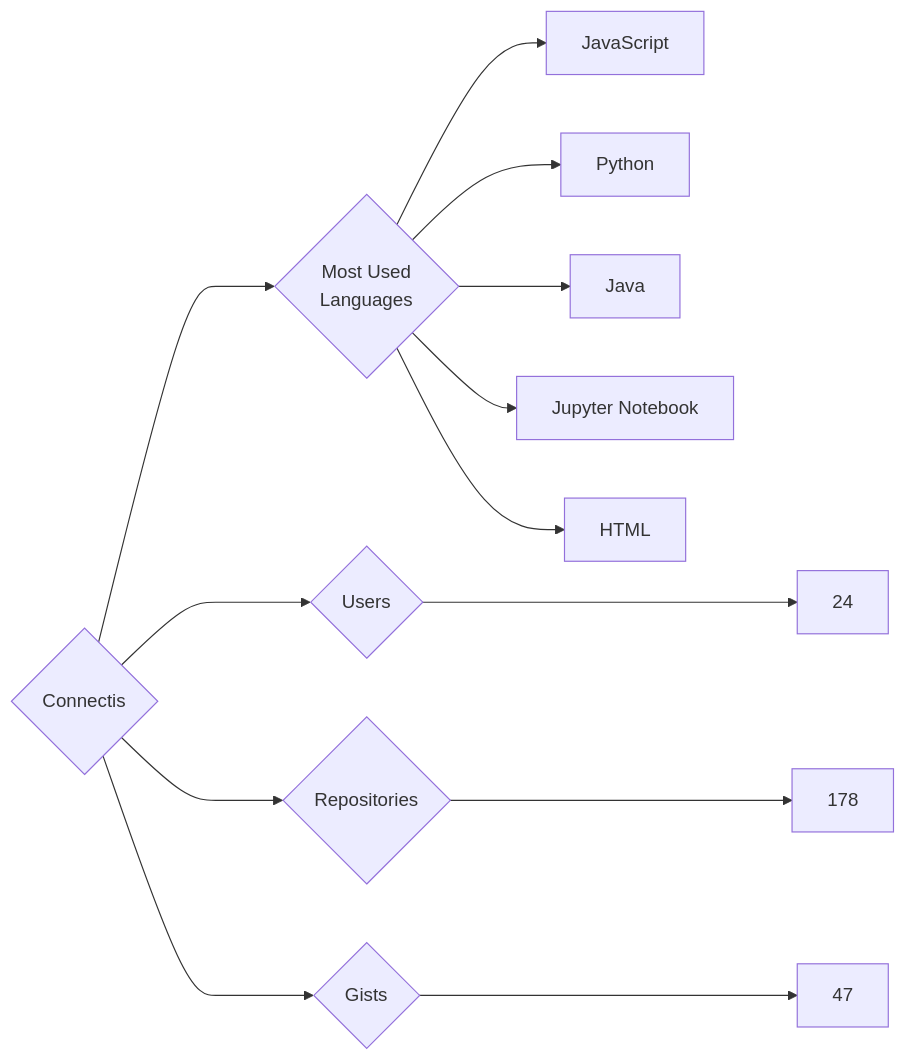
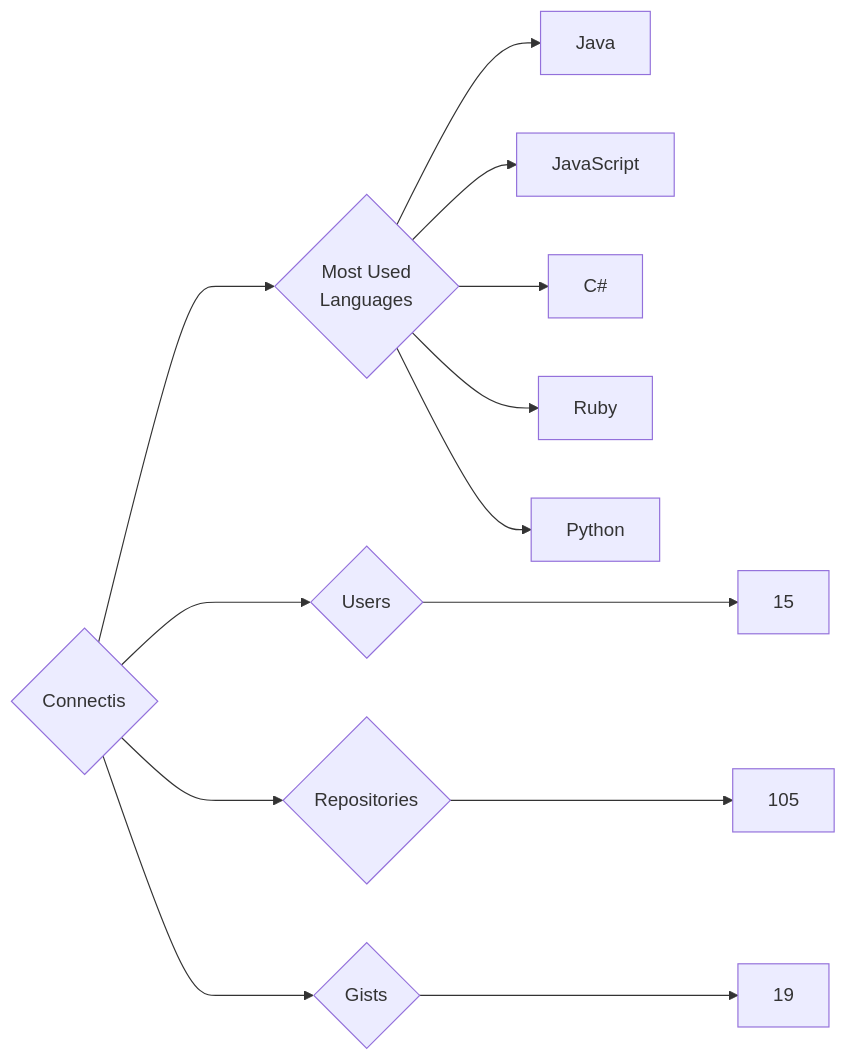
The diagram in targets/Connectis/README.md (trickest/insiders), drawn with Mermaid before and after one commit. The commit also changed 823 other files, not shown here.

````diff
--- a/targets/Connectis/README.md
+++ b/targets/Connectis/README.md
@@ -3,13 +3,13 @@
 ```mermaid
 graph LR
 COMPANY_NAME{Connectis}
-COMPANY_NAME ---> U{Users} ---> UN[24]
-COMPANY_NAME ---> R{Repositories} ---> RN[178]
-COMPANY_NAME ---> G{Gists} ---> GN[47]
+COMPANY_NAME ---> U{Users} ---> UN[15]
+COMPANY_NAME ---> R{Repositories} ---> RN[105]
+COMPANY_NAME ---> G{Gists} ---> GN[19]
 COMPANY_NAME ---> ML{Most Used<br>Languages}
+ML --> Java[Java]
 ML --> JavaScript[JavaScript]
+ML --> C#[C#]
+ML --> Ruby[Ruby]
 ML --> Python[Python]
-ML --> Java[Java]
-ML --> Jupyter_Notebook[Jupyter Notebook]
-ML --> HTML[HTML]
 ```
````
